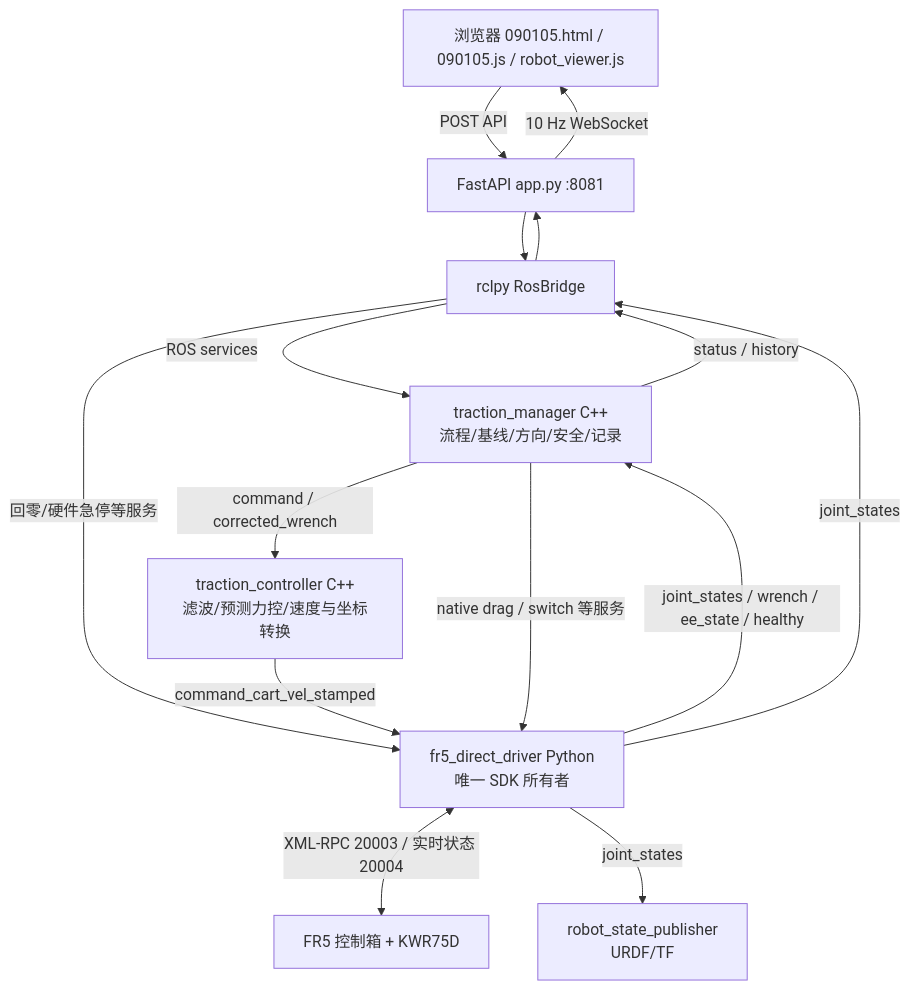
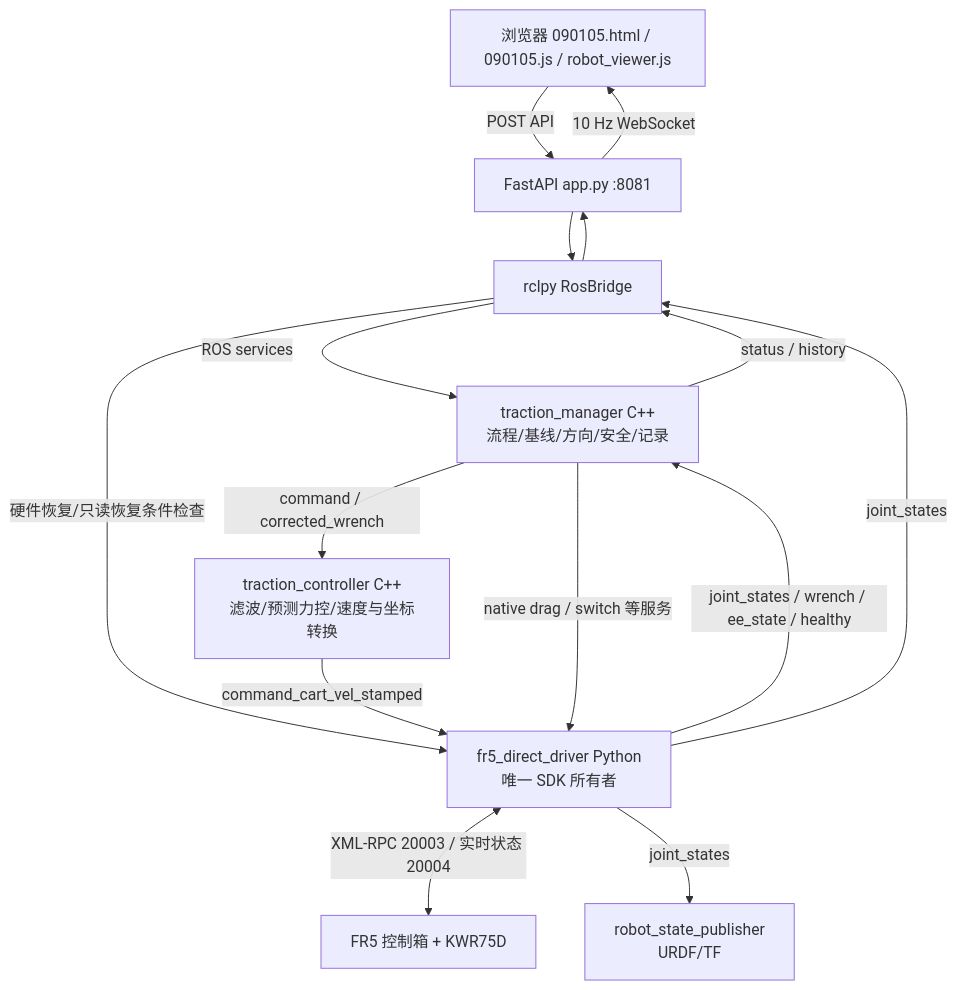
Before and after one commit to hoshizaki-akari/robot: the diagram in fr5_traction_workstation/docs/handover/README.md, drawn with Mermaid. The commit also changed other lines of this file and 20 other files, not shown here.

````diff
--- a/fr5_traction_workstation/docs/handover/README.md
+++ b/fr5_traction_workstation/docs/handover/README.md
@@ -30,23 +32,23 @@
 ```mermaid
 flowchart TD
     UI[浏览器 090105.html / 090105.js / robot_viewer.js]
     API[FastAPI app.py :8081]
     BRIDGE[rclpy RosBridge]
     MANAGER[traction_manager C++\n流程/基线/方向/安全/记录]
     CTRL[traction_controller C++\n滤波/预测力控/速度与坐标转换]
     DRIVER[fr5_direct_driver Python\n唯一 SDK 所有者]
     FR5[FR5 控制箱 + KWR75D]
     RSP[robot_state_publisher\nURDF/TF]
     UI -->|POST API| API --> BRIDGE
     BRIDGE -->|ROS services| MANAGER
-    BRIDGE -->|回零/硬件急停等服务| DRIVER
+    BRIDGE -->|硬件恢复/只读恢复条件检查| DRIVER
     MANAGER -->|command / corrected_wrench| CTRL
     CTRL -->|command_cart_vel_stamped| DRIVER
     MANAGER -->|native drag / switch 等服务| DRIVER
     DRIVER <-->|XML-RPC 20003 / 实时状态 20004| FR5
     DRIVER -->|joint_states / wrench / ee_state / healthy| MANAGER
     DRIVER -->|joint_states| RSP
     DRIVER -->|joint_states| BRIDGE
     MANAGER -->|status / history| BRIDGE
     BRIDGE --> API -->|10 Hz WebSocket| UI
 ```
````
